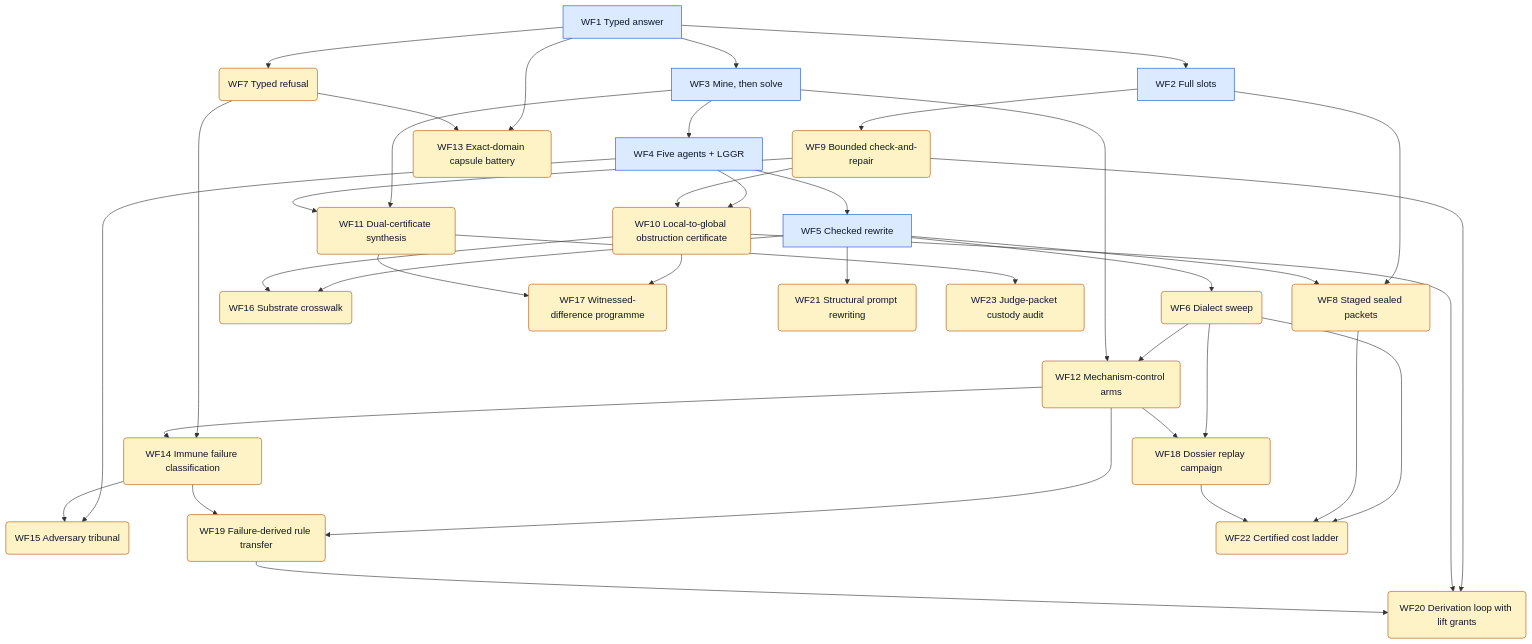
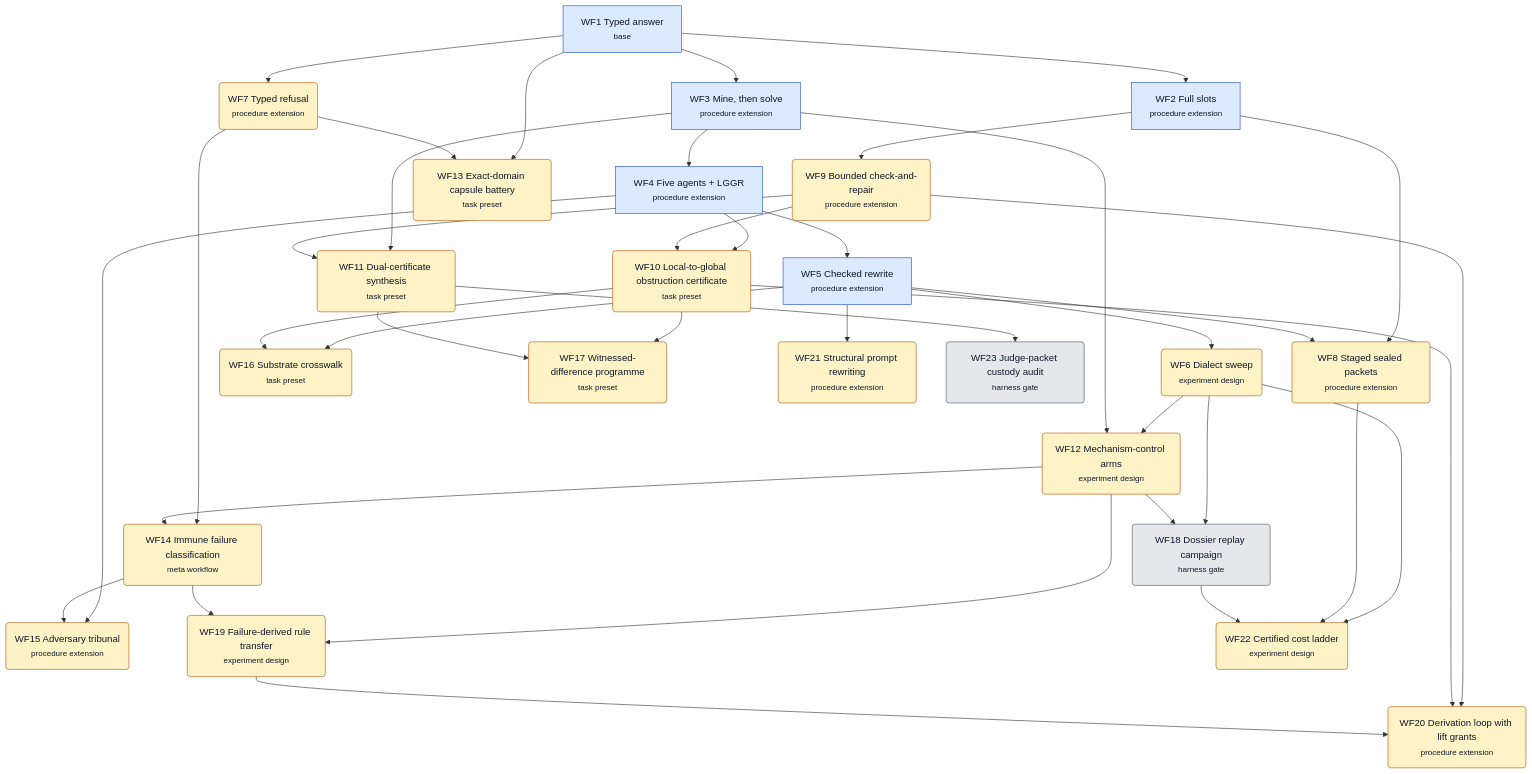
Before and after one commit to dbccpage/proposal_fidelity_protocol_pfp: the diagram in workflows/dag/workflow_dag.mmd, drawn with Mermaid. The commit also changed 28 other files, not shown here.

```diff
--- a/workflows/dag/workflow_dag.mmd
+++ b/workflows/dag/workflow_dag.mmd
@@ -1,65 +1,67 @@
 flowchart TD
-  WF1["WF1 Typed answer"]
-  WF2["WF2 Full slots"]
-  WF3["WF3 Mine, then solve"]
-  WF4["WF4 Five agents + LGGR"]
-  WF5["WF5 Checked rewrite"]
-  WF6("WF6 Dialect sweep")
-  WF7("WF7 Typed refusal")
-  WF8("WF8 Staged sealed packets")
-  WF9("WF9 Bounded check-and-repair")
-  WF10("WF10 Local-to-global obstruction certificate")
-  WF11("WF11 Dual-certificate synthesis")
-  WF12("WF12 Mechanism-control arms")
-  WF13("WF13 Exact-domain capsule battery")
-  WF14("WF14 Immune failure classification")
-  WF15("WF15 Adversary tribunal")
-  WF16("WF16 Substrate crosswalk")
-  WF17("WF17 Witnessed-difference programme")
-  WF18("WF18 Dossier replay campaign")
-  WF19("WF19 Failure-derived rule transfer")
-  WF20("WF20 Derivation loop with lift grants")
-  WF21("WF21 Structural prompt rewriting")
-  WF22("WF22 Certified cost ladder")
-  WF23("WF23 Judge-packet custody audit")
+  WF1["WF1 Typed answer<br/><small>base</small>"]
+  WF2["WF2 Full slots<br/><small>procedure extension</small>"]
+  WF3["WF3 Mine, then solve<br/><small>procedure extension</small>"]
+  WF4["WF4 Five agents + LGGR<br/><small>procedure extension</small>"]
+  WF5["WF5 Checked rewrite<br/><small>procedure extension</small>"]
+  WF6("WF6 Dialect sweep<br/><small>experiment design</small>")
+  WF7("WF7 Typed refusal<br/><small>procedure extension</small>")
+  WF8("WF8 Staged sealed packets<br/><small>procedure extension</small>")
+  WF9("WF9 Bounded check-and-repair<br/><small>procedure extension</small>")
+  WF10("WF10 Local-to-global obstruction certificate<br/><small>task preset</small>")
+  WF11("WF11 Dual-certificate synthesis<br/><small>task preset</small>")
+  WF12("WF12 Mechanism-control arms<br/><small>experiment design</small>")
+  WF13("WF13 Exact-domain capsule battery<br/><small>task preset</small>")
+  WF14("WF14 Immune failure classification<br/><small>meta workflow</small>")
+  WF15("WF15 Adversary tribunal<br/><small>procedure extension</small>")
+  WF16("WF16 Substrate crosswalk<br/><small>task preset</small>")
+  WF17("WF17 Witnessed-difference programme<br/><small>task preset</small>")
+  WF18("WF18 Dossier replay campaign<br/><small>harness gate</small>")
+  WF19("WF19 Failure-derived rule transfer<br/><small>experiment design</small>")
+  WF20("WF20 Derivation loop with lift grants<br/><small>procedure extension</small>")
+  WF21("WF21 Structural prompt rewriting<br/><small>procedure extension</small>")
+  WF22("WF22 Certified cost ladder<br/><small>experiment design</small>")
+  WF23("WF23 Judge-packet custody audit<br/><small>harness gate</small>")
   WF1 --> WF2
   WF1 --> WF3
   WF3 --> WF4
   WF4 --> WF5
   WF5 --> WF6
   WF1 --> WF7
   WF2 --> WF8
   WF5 --> WF8
   WF2 --> WF9
   WF4 --> WF10
   WF9 --> WF10
   WF3 --> WF11
   WF9 --> WF11
   WF6 --> WF12
   WF3 --> WF12
   WF1 --> WF13
   WF7 --> WF13
   WF7 --> WF14
   WF12 --> WF14
   WF4 --> WF15
   WF14 --> WF15
   WF5 --> WF16
   WF10 --> WF16
   WF10 --> WF17
   WF11 --> WF17
   WF6 --> WF18
   WF12 --> WF18
   WF12 --> WF19
   WF14 --> WF19
   WF9 --> WF20
   WF10 --> WF20
   WF19 --> WF20
   WF5 --> WF21
   WF6 --> WF22
   WF8 --> WF22
   WF18 --> WF22
   WF11 --> WF23
   classDef implemented fill:#dbeafe,stroke:#1d4ed8,color:#0f172a
+  classDef gate fill:#e5e7eb,stroke:#4b5563,color:#0f172a
   classDef derived fill:#fef3c7,stroke:#b45309,color:#0f172a
   class WF1,WF2,WF3,WF4,WF5 implemented
-  class WF6,WF7,WF8,WF9,WF10,WF11,WF12,WF13,WF14,WF15,WF16,WF17,WF18,WF19,WF20,WF21,WF22,WF23 derived
+  class WF6,WF7,WF8,WF9,WF10,WF11,WF12,WF13,WF14,WF15,WF16,WF17,WF19,WF20,WF21,WF22 derived
+  class WF18,WF23 gate
```
